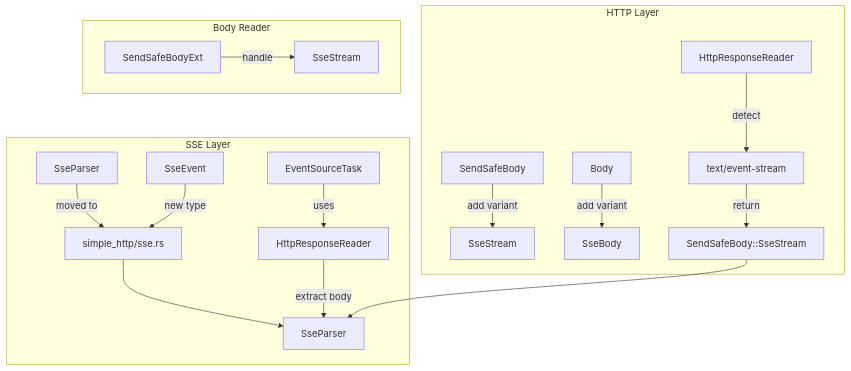
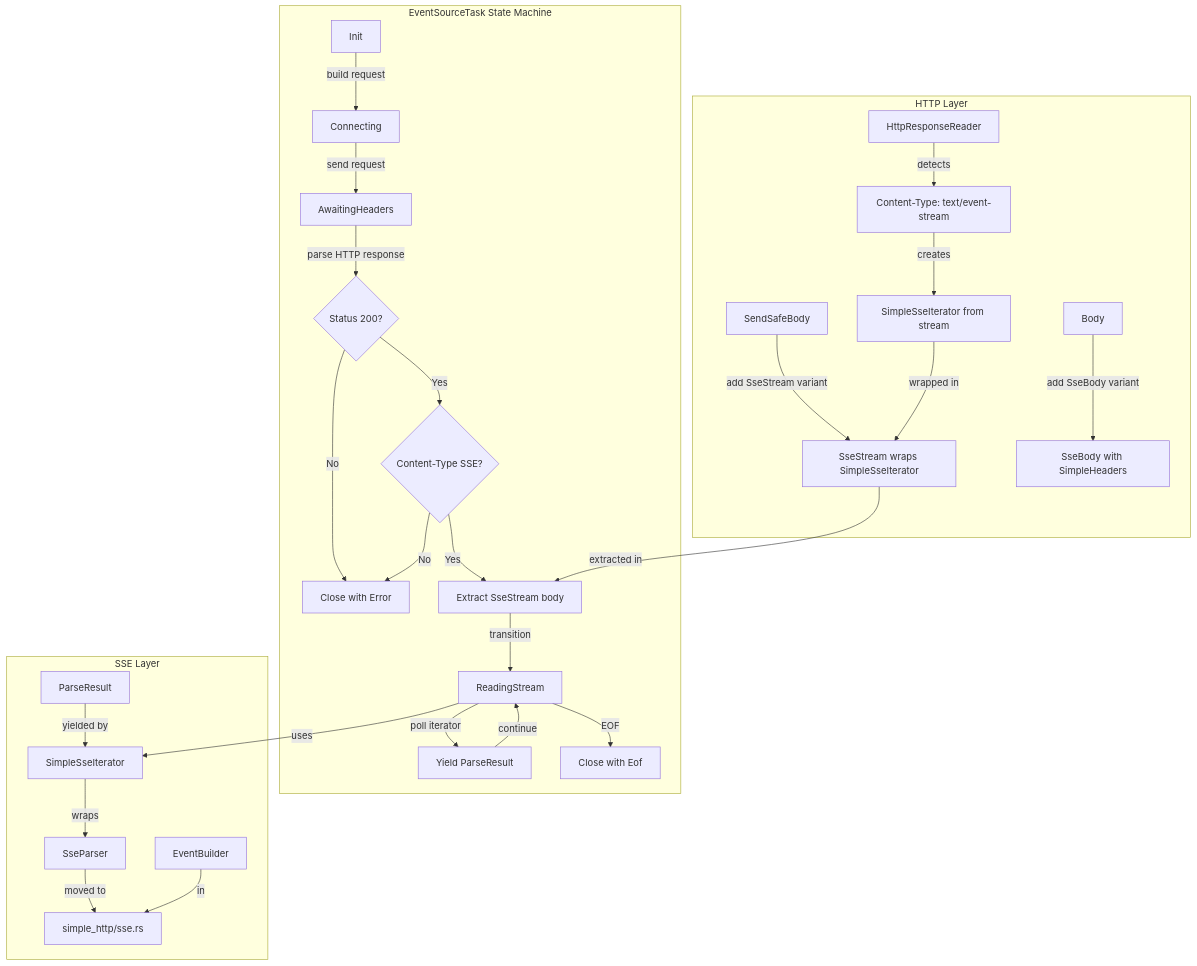
Before and after one commit to ewe-studios/ewe_platform: the first of 2 diagrams in specifications/24-sse-http-response-fix/features/00-sse-body-integration/feature.md, drawn with Mermaid. The commit also changed other lines of this file and 14 other files, not shown here.

First line of the commit message:
ADD: SSE HTTP response fix - parse HTTP headers before SSE events

````diff
--- a/specifications/24-sse-http-response-fix/features/00-sse-body-integration/feature.md
+++ b/specifications/24-sse-http-response-fix/features/00-sse-body-integration/feature.md
@@ -122,23 +166,34 @@
 ```mermaid
 graph TD
     subgraph "HTTP Layer"
-        A[SendSafeBody] -->|add variant| B[SseStream]
-        C[Body] -->|add variant| D[SseBody]
-        E[HttpResponseReader] -->|detect| F[text/event-stream]
-        F -->|return| G[SendSafeBody::SseStream]
+        A[SendSafeBody] -->|add SseStream variant| B[SseStream wraps SimpleSseIterator]
+        C[Body] -->|add SseBody variant| D[SseBody with SimpleHeaders]
+        E[HttpResponseReader] -->|detects| F[Content-Type: text/event-stream]
+        F -->|creates| G[SimpleSseIterator from stream]
+        G -->|wrapped in| B
+    end
+    
+    subgraph "EventSourceTask State Machine"
+        H[Init] -->|build request| I[Connecting]
+        I -->|send request| J[AwaitingHeaders]
+        J -->|parse HTTP response| K{Status 200?}
+        K -->|No| L[Close with Error]
+        K -->|Yes| M{Content-Type SSE?}
+        M -->|No| L
+        M -->|Yes| N[Extract SseStream body]
+        N -->|transition| O[ReadingStream]
+        O -->|poll iterator| P[Yield ParseResult]
+        P -->|continue| O
+        O -->|EOF| Q[Close with Eof]
     end
     
     subgraph "SSE Layer"
-        H[SseParser] -->|moved to| I[simple_http/sse.rs]
-        J[SseEvent] -->|new type| I
-        K[EventSourceTask] -->|uses| L[HttpResponseReader]
-        L -->|extract body| M[SseParser]
+        R[SseParser] -->|moved to| S[simple_http/sse.rs]
+        T[EventBuilder] -->|in| S
+        U[ParseResult] -->|yielded by| V[SimpleSseIterator]
+        V -->|wraps| R
     end
     
-    subgraph "Body Reader"
-        N[SendSafeBodyExt] -->|handle| O[SseStream]
-    end
-    
-    G --> M
-    I --> M
+    B -->|extracted in| N
+    O -->|uses| V
 ```
````
